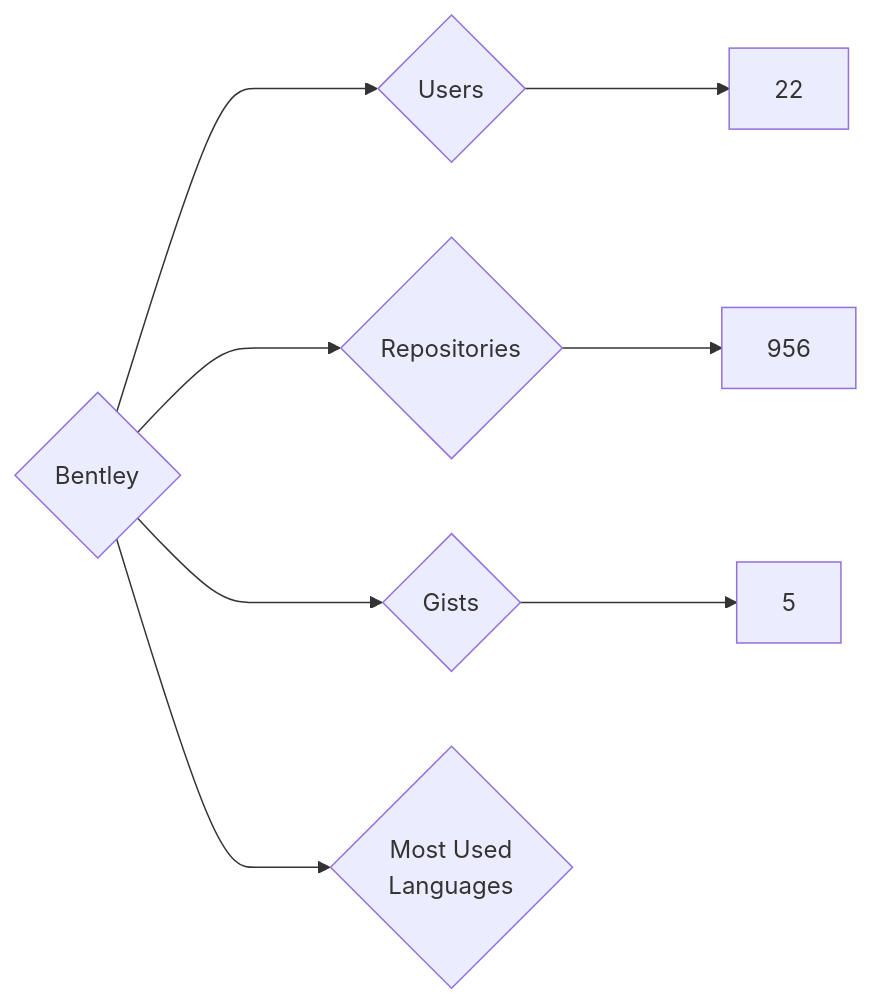
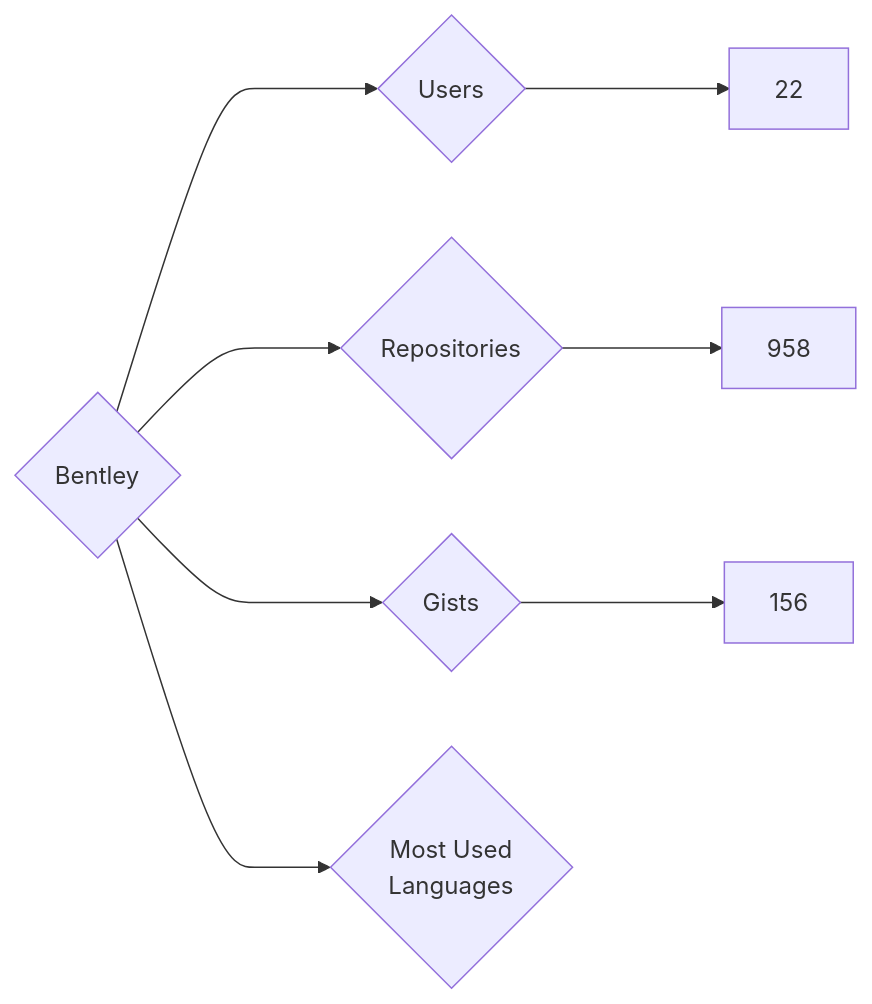
Before and after one commit to nenadzaric/insiders: the diagram in targets/Bentley/README.md, drawn with Mermaid. The commit also changed 1342 other files, not shown here.

````diff
--- a/targets/Bentley/README.md
+++ b/targets/Bentley/README.md
@@ -3,8 +3,8 @@
 ```mermaid
 graph LR
 COMPANY_NAME{Bentley}
 COMPANY_NAME ---> U{Users} ---> UN[22]
-COMPANY_NAME ---> R{Repositories} ---> RN[956]
-COMPANY_NAME ---> G{Gists} ---> GN[5]
+COMPANY_NAME ---> R{Repositories} ---> RN[958]
+COMPANY_NAME ---> G{Gists} ---> GN[156]
 COMPANY_NAME ---> ML{Most Used<br>Languages}
 ```
````
